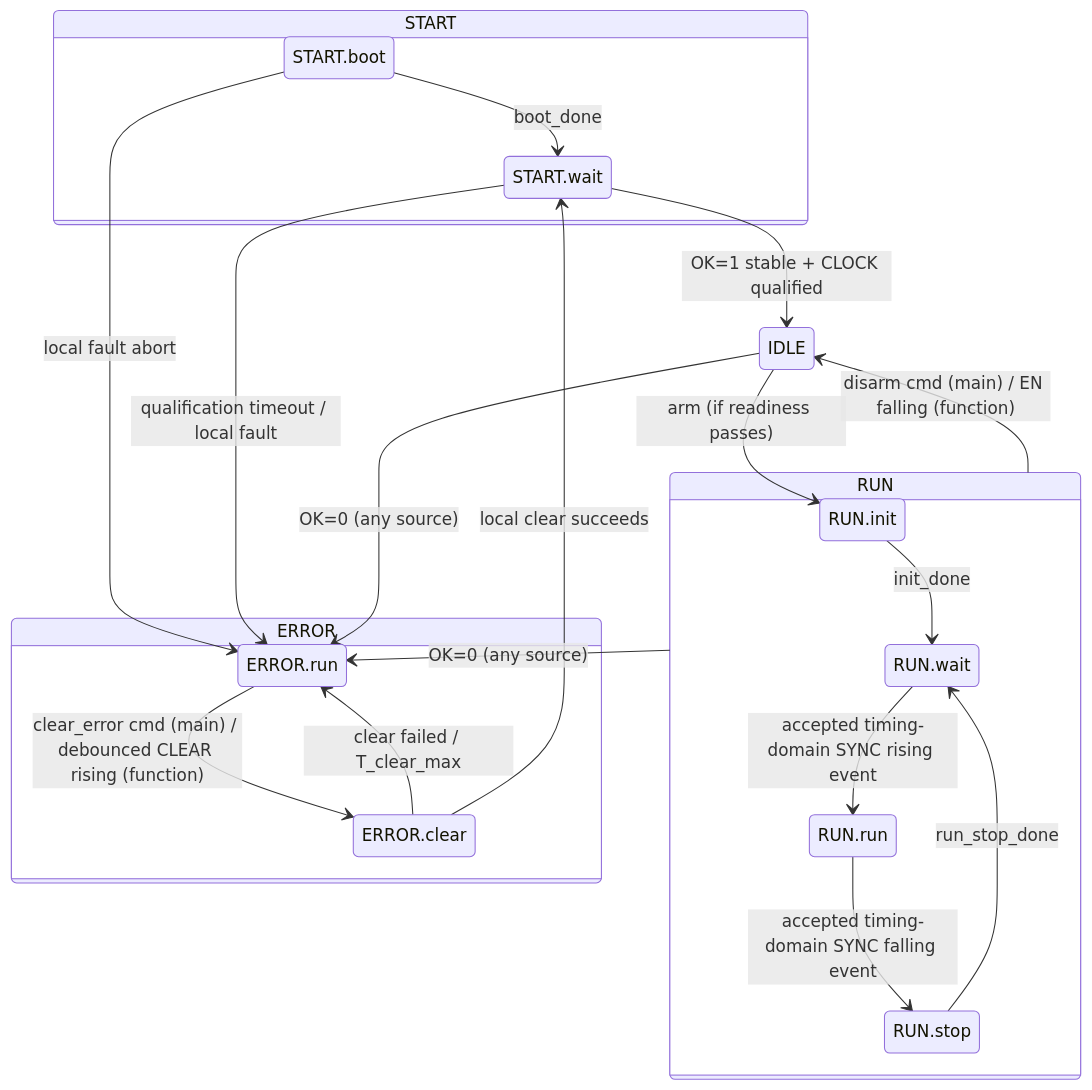
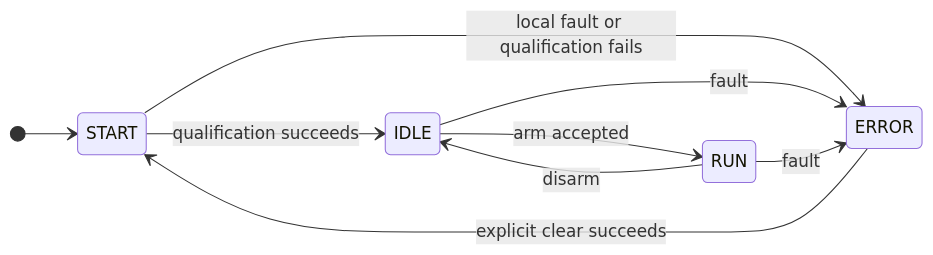
One commit to bcancinov/mdc-architecture changed the diagram in decisions/ADR-003_state_machine_definition.md. Above: the diagram before and after it, drawn with Mermaid. The commit also changed other lines of this file and 11 other files, not shown here.

Commit message:
simplify architecture specifications

````diff
--- a/decisions/ADR-003_state_machine_definition.md
+++ b/decisions/ADR-003_state_machine_definition.md
@@ -105,34 +62,12 @@
 ```mermaid
 stateDiagram-v2
-    direction TB
-
-    %% Main States
-    state START {
-        START.boot --> START.wait : boot_done
-        START.boot --> ERROR.run : local fault abort
-        START.wait --> ERROR.run : qualification timeout / local fault
-    }
-
-    state RUN {
-        RUN.init --> RUN.wait : init_done
-        RUN.wait --> RUN.run : accepted timing-domain SYNC rising event
-        RUN.run --> RUN.stop : accepted timing-domain SYNC falling event
-        RUN.stop --> RUN.wait : run_stop_done
-    }
-
-    state ERROR {
-        ERROR.run --> ERROR.clear : clear_error cmd (main) / debounced CLEAR rising (function)
-        ERROR.clear --> ERROR.run : clear failed / T_clear_max
-    }
-
-    %% Cross-State Transitions
-    START.wait --> IDLE : OK=1 stable + CLOCK qualified
-
-    IDLE --> RUN.init : arm (if readiness passes)
-    RUN --> IDLE : disarm cmd (main) / EN falling (function)
-
-    IDLE --> ERROR.run : OK=0 (any source)
-    RUN --> ERROR.run : OK=0 (any source)
-
-    ERROR.clear --> START.wait : local clear succeeds
+    direction LR
+    [*] --> START
+    START --> IDLE: qualification succeeds
+    START --> ERROR: local fault or qualification fails
+    IDLE --> RUN: arm accepted
+    RUN --> IDLE: disarm
+    IDLE --> ERROR: fault
+    RUN --> ERROR: fault
+    ERROR --> START: explicit clear succeeds
 ```
````
